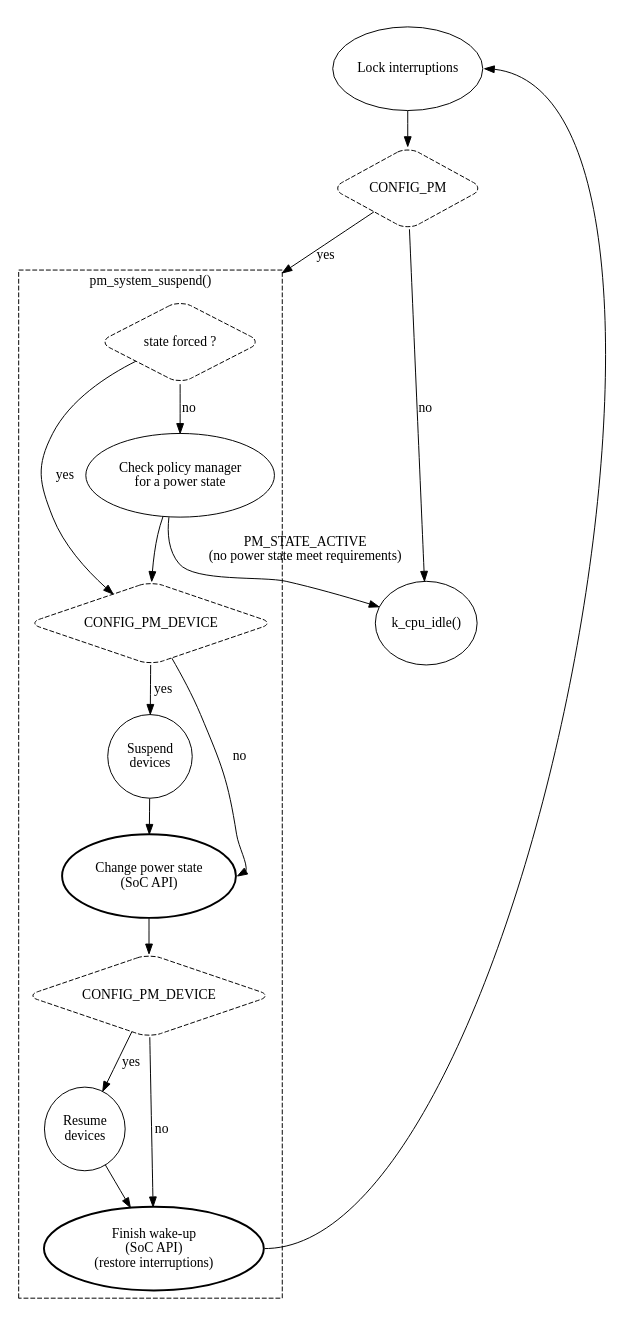
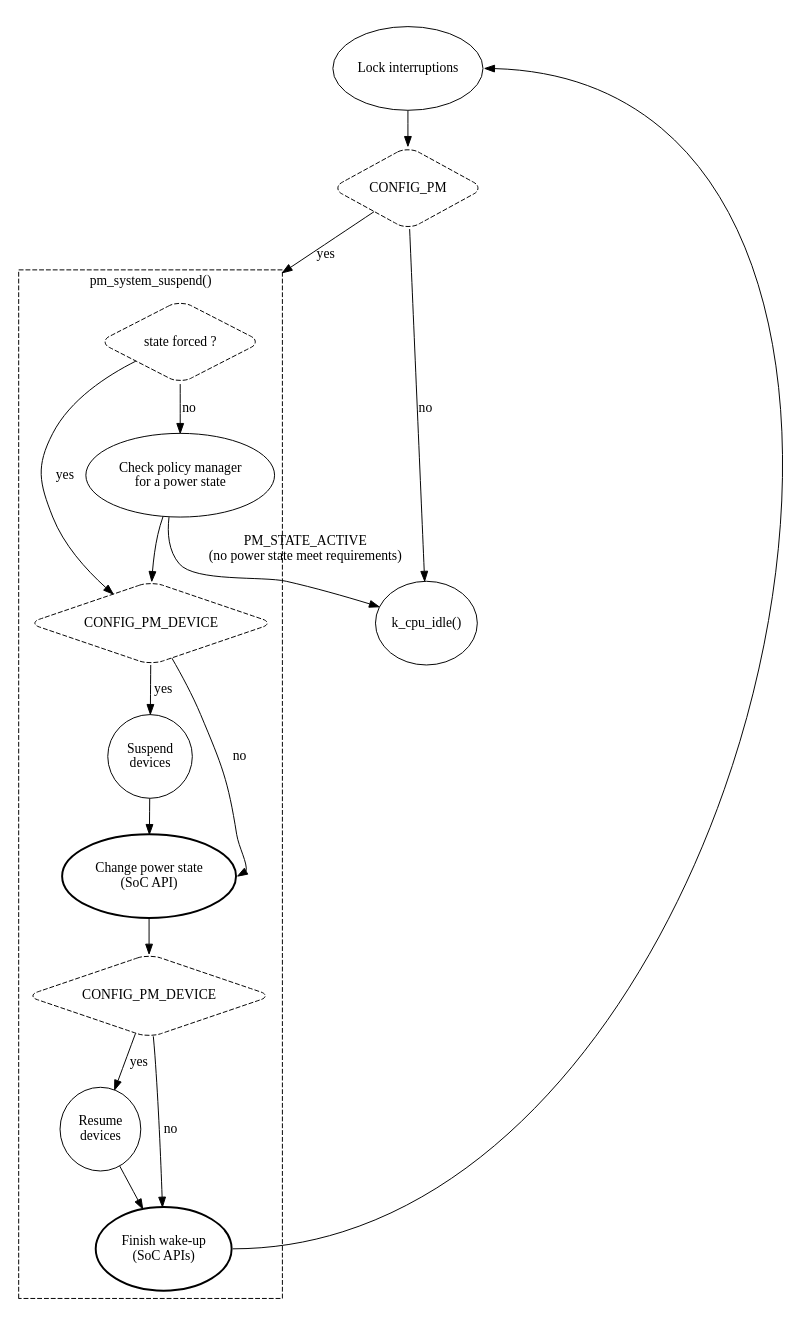
The diagram in doc/services/pm/system.rst (zephyrproject-rtos/zephyr), drawn with Graphviz before and after one commit. The commit also changed other lines of this file, not shown here.

```diff
--- a/doc/services/pm/system.rst
+++ b/doc/services/pm/system.rst
@@ -24,46 +24,46 @@
 .. graphviz::
    :caption: System power management
 
    digraph G {
        compound=true
        node [height=1.2 style=rounded]
 
        lock [label="Lock interruptions"]
        config_pm [label="CONFIG_PM" shape=diamond style="rounded,dashed"]
        forced_state [label="state forced ?", shape=diamond style="rounded,dashed"]
        config_system_managed_device_pm [label="CONFIG_PM_DEVICE" shape=diamond style="rounded,dashed"]
        config_system_managed_device_pm2 [label="CONFIG_PM_DEVICE" shape=diamond style="rounded,dashed"]
        pm_policy [label="Check policy manager\nfor a power state "]
        pm_suspend_devices [label="Suspend\ndevices"]
        pm_resume_devices [label="Resume\ndevices"]
        pm_state_set [label="Change power state\n(SoC API)" style="rounded,bold"]
-       pm_system_resume [label="Finish wake-up\n(SoC API)\n(restore interruptions)" style="rounded,bold"]
+          pm_system_resume [label="Finish wake-up\n(SoC APIs)" style="rounded,bold"]
        k_cpu_idle [label="k_cpu_idle()"]
 
        subgraph cluster_0 {
               style=invisible;
               lock -> config_pm
        }
 
        subgraph cluster_1 {
                 style=dashed
                 label = "pm_system_suspend()"
 
                 forced_state -> config_system_managed_device_pm [label="yes"]
                 forced_state -> pm_policy [label="no"]
                 pm_policy -> config_system_managed_device_pm
                 config_system_managed_device_pm -> pm_state_set:e [label="no"]
                 config_system_managed_device_pm -> pm_suspend_devices [label="yes"]
                 pm_suspend_devices -> pm_state_set
                 pm_state_set -> config_system_managed_device_pm2
                 config_system_managed_device_pm2 -> pm_resume_devices [label="yes"]
                 config_system_managed_device_pm2 -> pm_system_resume [label="no"]
                 pm_resume_devices -> pm_system_resume
         }
 
         {rankdir=LR k_cpu_idle; forced_state}
         pm_policy -> k_cpu_idle [label="PM_STATE_ACTIVE\n(no power state meet requirements)"]
         config_pm -> k_cpu_idle [label="no"]
         config_pm -> forced_state [label="yes" lhead="cluster_1"]
         pm_system_resume:e -> lock:e [constraint=false lhed="cluster_0"]
    }
```
